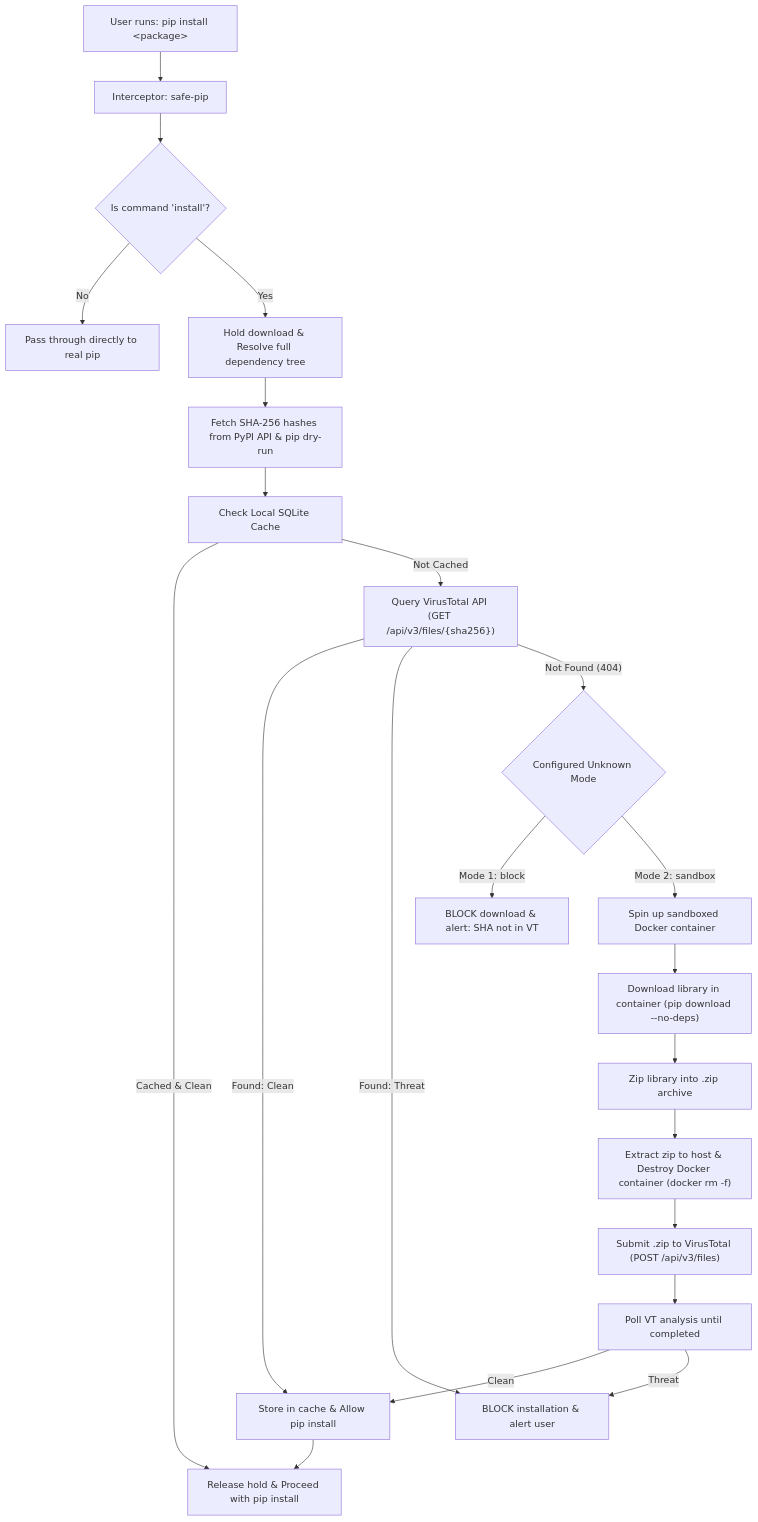
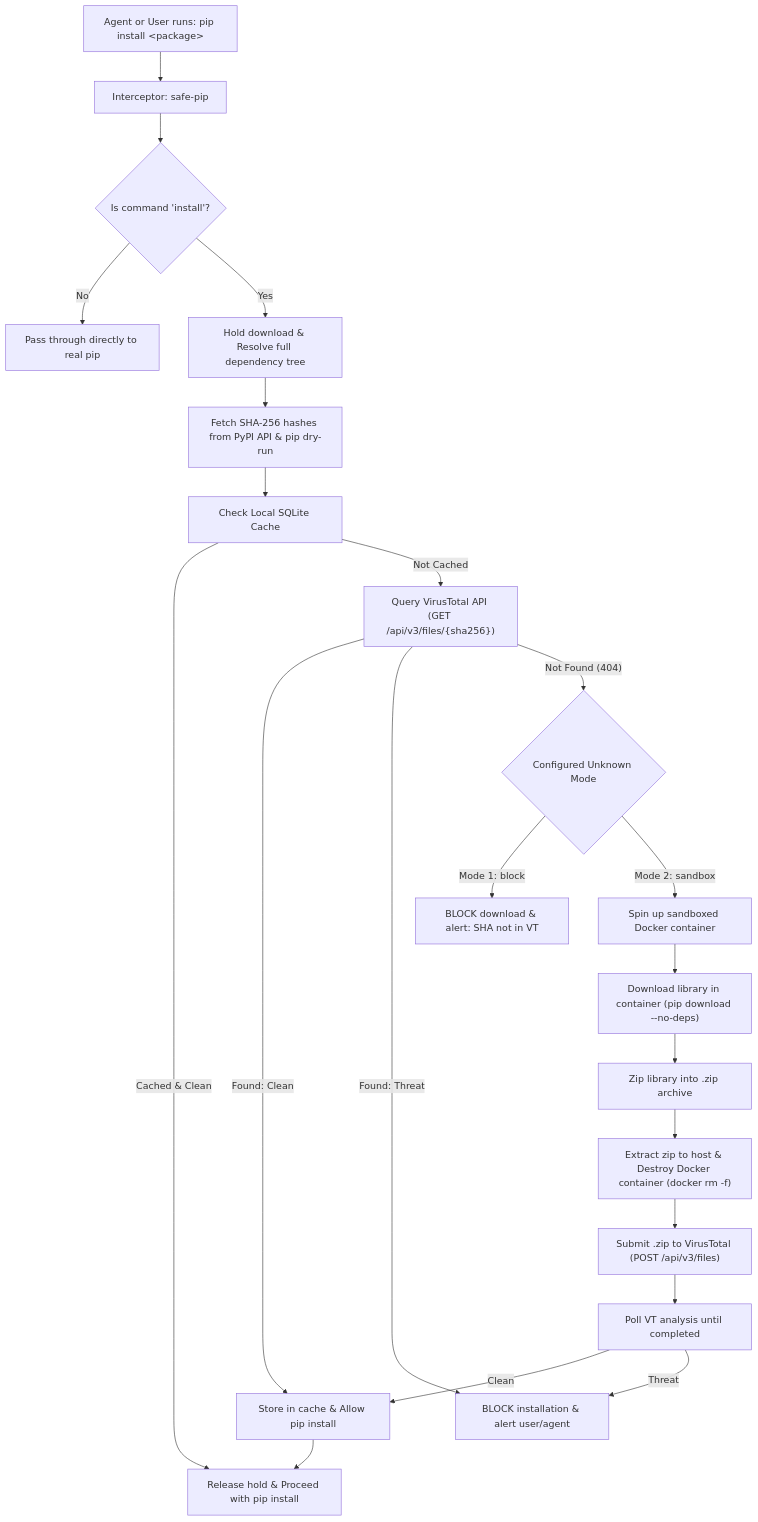
Before and after one commit to jordanrbaker/PyPI_Supply_Chain_Scanning: the diagram in README.md, drawn with Mermaid. The commit also changed other lines of this file, not shown here.

Commit message:
Highlight autonomous agent supply chain security and slopsquatting defense in README

````diff
--- a/README.md
+++ b/README.md
@@ -31,24 +75,24 @@
 ```mermaid
 flowchart TD
-    A["User runs: pip install &lt;package&gt;"] --> B["Interceptor: safe-pip"]
+    A["Agent or User runs: pip install &lt;package&gt;"] --> B["Interceptor: safe-pip"]
     B --> C{"Is command 'install'?"}
     C -- No --> D["Pass through directly to real pip"]
     C -- Yes --> E["Hold download & Resolve full dependency tree"]
     E --> F["Fetch SHA-256 hashes from PyPI API & pip dry-run"]
     F --> G["Check Local SQLite Cache"]
     G -- "Cached & Clean" --> M["Release hold & Proceed with pip install"]
     G -- "Not Cached" --> H["Query VirusTotal API (GET /api/v3/files/{sha256})"]
     H -- "Found: Clean" --> J["Store in cache & Allow pip install"]
-    H -- "Found: Threat" --> I["BLOCK installation & alert user"]
+    H -- "Found: Threat" --> I["BLOCK installation & alert user/agent"]
     H -- "Not Found (404)" --> K{"Configured Unknown Mode"}
     K -- "Mode 1: block" --> L["BLOCK download & alert: SHA not in VT"]
     K -- "Mode 2: sandbox" --> N["Spin up sandboxed Docker container"]
     N --> O["Download library in container (pip download --no-deps)"]
     O --> P["Zip library into .zip archive"]
     P --> Q["Extract zip to host & Destroy Docker container (docker rm -f)"]
     Q --> R["Submit .zip to VirusTotal (POST /api/v3/files)"]
     R --> S["Poll VT analysis until completed"]
     S -- Clean --> J
     S -- Threat --> I
     J --> M
 ```
````
